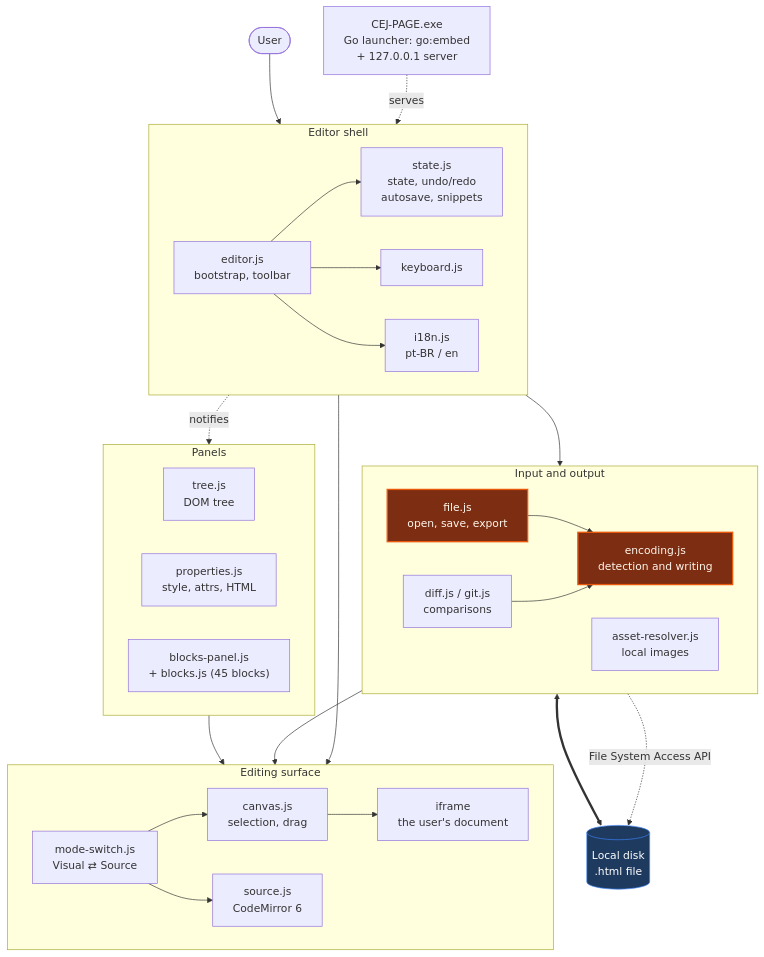
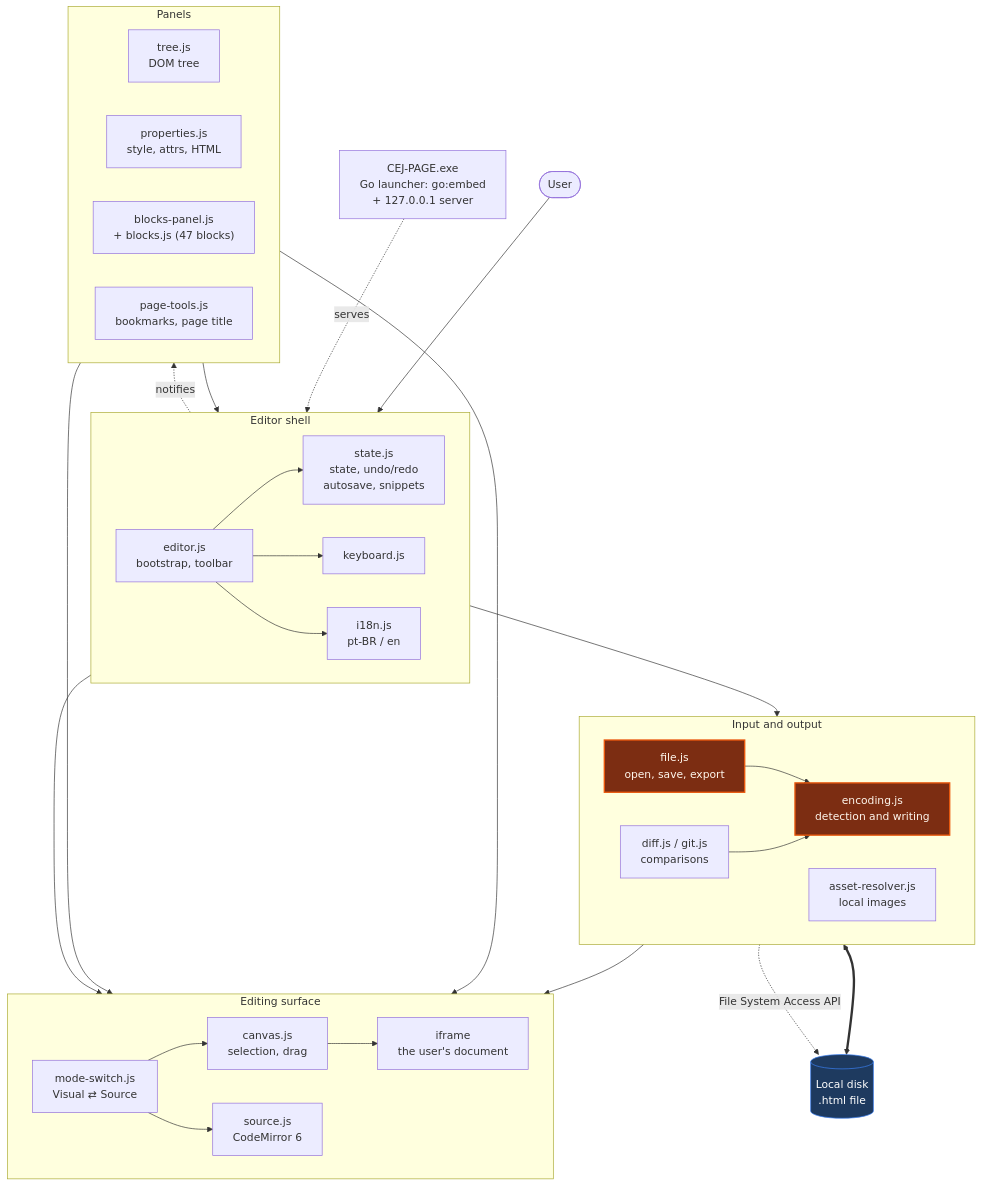
The fourth of 6 diagrams in README.md (waldeyr/cej-editor), drawn with Mermaid before and after one commit. The commit also changed other lines of this file and 30 other files, not shown here.

````diff
--- a/README.md
+++ b/README.md
@@ -530,64 +696,67 @@
 ```mermaid
 graph TB
     USER(["User"])
 
     subgraph shell["Editor shell"]
         direction LR
         EDITOR["editor.js<br/>bootstrap, toolbar"]
         STATE["state.js<br/>state, undo/redo<br/>autosave, snippets"]
         KB["keyboard.js"]
         I18N["i18n.js<br/>pt-BR / en"]
     end
 
     subgraph edit["Editing surface"]
         direction LR
         MODE["mode-switch.js<br/>Visual ⇄ Source"]
         CANVAS["canvas.js<br/>selection, drag"]
         SOURCE["source.js<br/>CodeMirror 6"]
         IFRAME["iframe<br/>the user's document"]
     end
 
     subgraph ui["Panels"]
         direction LR
         TREE["tree.js<br/>DOM tree"]
         PROPS["properties.js<br/>style, attrs, HTML"]
-        PANEL["blocks-panel.js<br/>+ blocks.js (45 blocks)"]
+        PANEL["blocks-panel.js<br/>+ blocks.js (47 blocks)"]
+        PGTOOLS["page-tools.js<br/>bookmarks, page title"]
     end
 
     subgraph io["Input and output"]
         direction LR
         FILE["file.js<br/>open, save, export"]
         ENC["encoding.js<br/>detection and writing"]
         DIFF["diff.js / git.js<br/>comparisons"]
         ASSETS["asset-resolver.js<br/>local images"]
     end
 
     DISK[("Local disk<br/>.html file")]
     GO["CEJ-PAGE.exe<br/>Go launcher: go:embed<br/>+ 127.0.0.1 server"]
 
     USER --> shell
     GO -. serves .-> shell
 
     EDITOR --> STATE
     EDITOR --> KB
     EDITOR --> I18N
     STATE -. notifies .-> ui
     STATE --> MODE
 
     MODE --> CANVAS
     MODE --> SOURCE
     CANVAS --> IFRAME
     ASSETS --> IFRAME
     ui --> CANVAS
+    PGTOOLS --> IFRAME
+    PGTOOLS --> STATE
 
     STATE --> FILE
     FILE --> ENC
     DIFF --> ENC
     ENC <==> DISK
     FILE -. File System Access API .-> DISK
 
     classDef critical fill:#7c2d12,stroke:#ea580c,color:#fff7ed,stroke-width:2px
     classDef store fill:#1e3a5f,stroke:#3b82f6,color:#fff
     class ENC,FILE critical
     class DISK store
 ```
````
